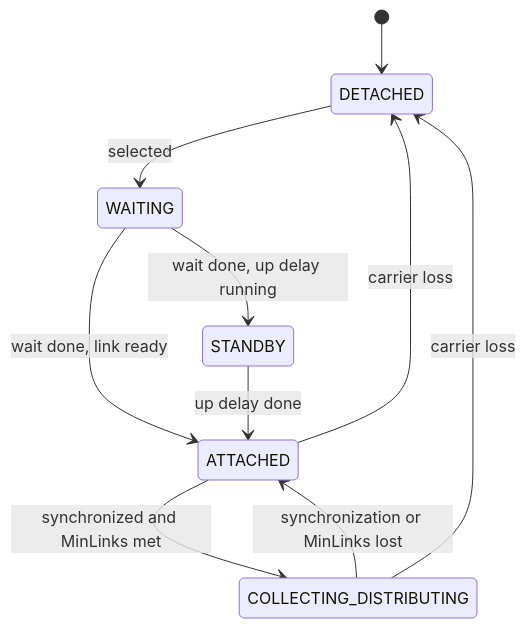
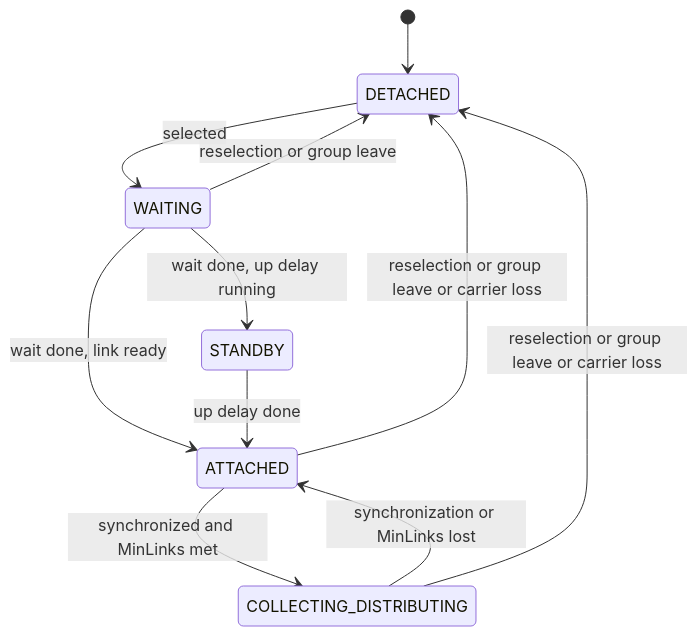
Before and after one commit to Aledantee/FlowSeer: the third of 3 diagrams in src/common/sim/layer/lag/README.md, drawn with Mermaid. The commit also changed other lines of this file and 2 other files, not shown here.

Commit message:
Strengthen LAG transition and timer tests
Require learned-partner defaulting to leave forwarding, clear Actor Synchronization, wait through Mux WAITING, and re-enable under fallback. Preserve the startup-defaulting path. Deliver a repeat LACPDU while an earlier member waits to prove the shared deadline, and use the administrative zero Individual peer to prove fallback-off defaulting disables.

Removing the learned-defaulting reselection assignment produces:
--- FAIL: TestDefaultedRequestsReselectionAfterLearnedPartner

Stopping the shared deadline extension produces:
--- FAIL: TestSelectionWaitsForStableAggregator

Restoring zero-group retention produces:
--- FAIL: TestZeroSystemPeerDefaultingWithoutFallbackDisables

Selecting fallback members by delayed link state produces:
--- FAIL: TestFallbackUsesCarrierDuringUpDelay

Keeping the aggregate deadline after the last waiting member leaves produces:
--- FAIL: TestNextWakeClearsAggregateWaitAfterCarrierLoss

````diff
--- a/src/common/sim/layer/lag/README.md
+++ b/src/common/sim/layer/lag/README.md
@@ -376,12 +376,13 @@
 ```mermaid
 stateDiagram-v2
     [*] --> DETACHED
     DETACHED --> WAITING: selected
     WAITING --> STANDBY: wait done, up delay running
     WAITING --> ATTACHED: wait done, link ready
     STANDBY --> ATTACHED: up delay done
     ATTACHED --> COLLECTING_DISTRIBUTING: synchronized and MinLinks met
     COLLECTING_DISTRIBUTING --> ATTACHED: synchronization or MinLinks lost
-    ATTACHED --> DETACHED: carrier loss
-    COLLECTING_DISTRIBUTING --> DETACHED: carrier loss
+    WAITING --> DETACHED: reselection or group leave
+    ATTACHED --> DETACHED: reselection or group leave or carrier loss
+    COLLECTING_DISTRIBUTING --> DETACHED: reselection or group leave or carrier loss
 ```
````
